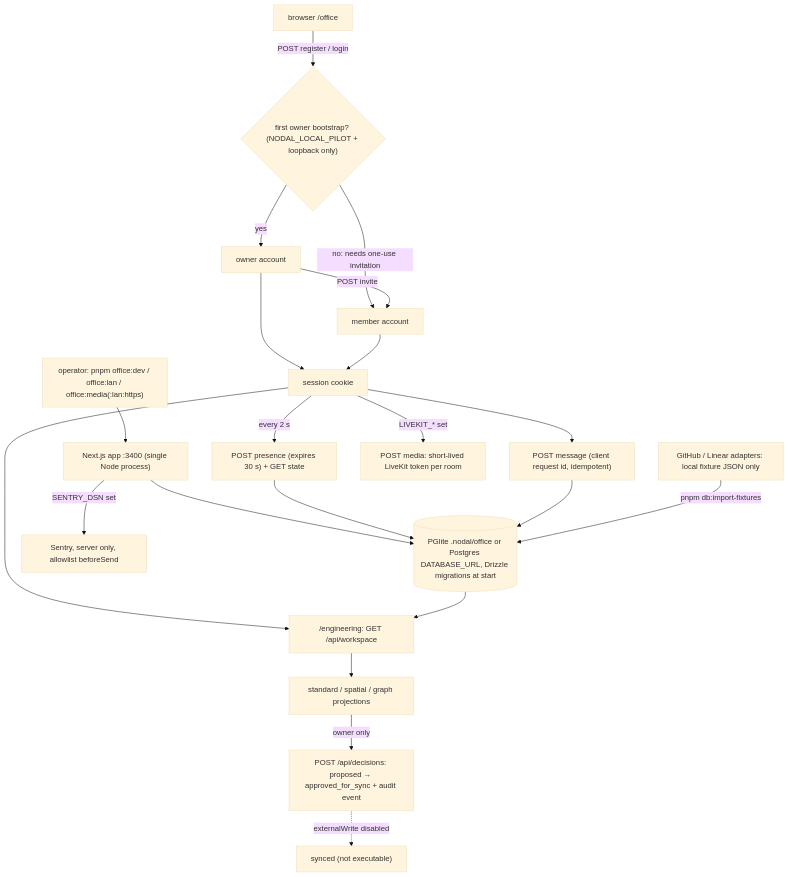
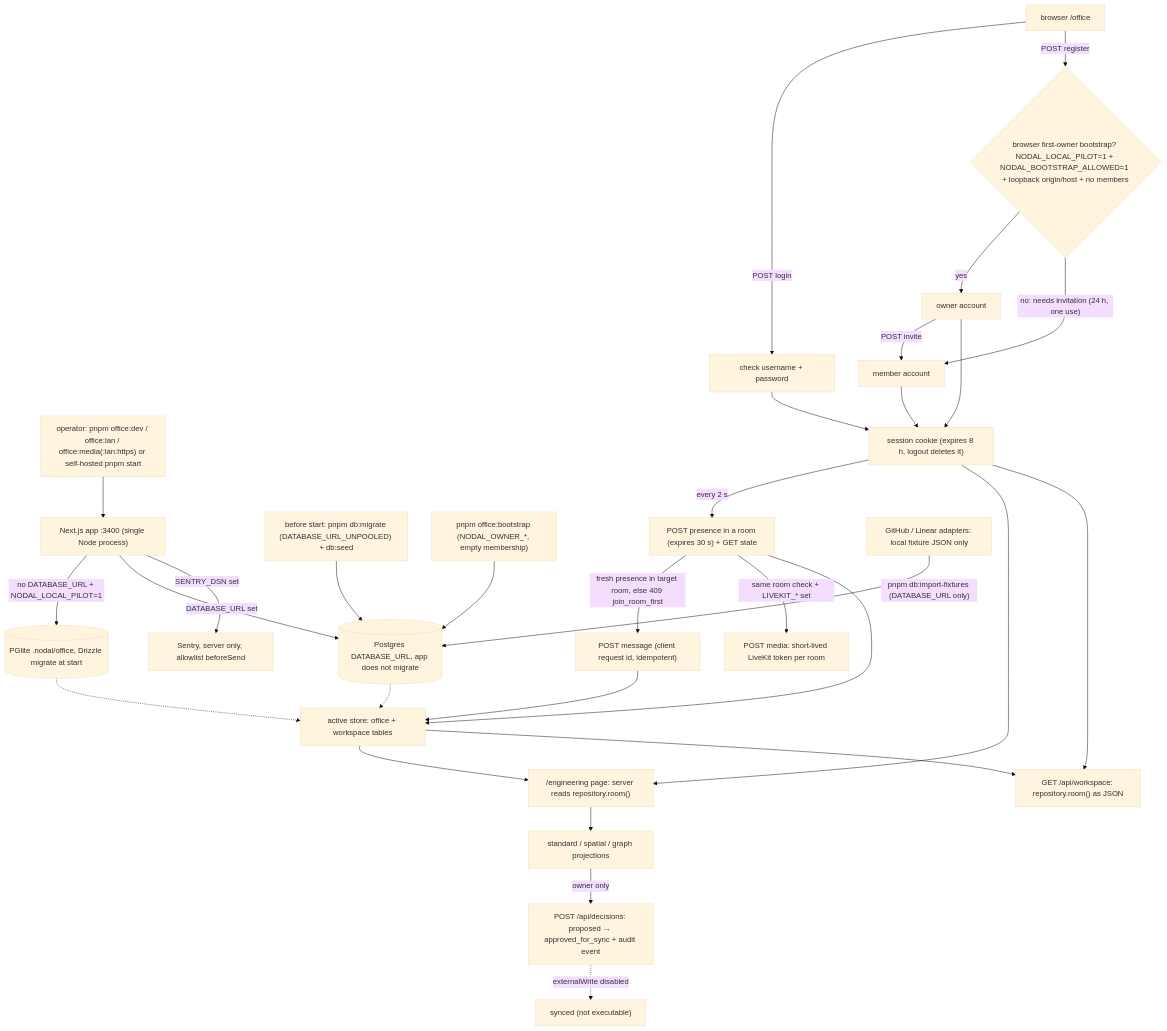
One commit to bookchaowalit/workplace-nodal changed the first of 2 diagrams in docs/diagrams/01-business-process.md. Above: the diagram before and after it, drawn with Mermaid (base theme). The commit also changed other lines of this file, not shown here.

Commit message:
docs: fix As-Is/To-Be business process per Codex review (01-business-process)
Match the diagrams to the code for the review findings: approval and
ordering gates, failure and retry paths, and data boundaries. Owner
decisions are recorded as Gap rows instead of inventing behaviour.

````diff
--- a/docs/diagrams/01-business-process.md
+++ b/docs/diagrams/01-business-process.md
@@ -9,23 +9,32 @@
 ```mermaid
 flowchart TD
-  OP["operator: pnpm office:dev / office:lan / office:media(:lan:https)"] --> APP["Next.js app :3400 (single Node process)"]
-  APP --> DB[("PGlite .nodal/office or Postgres DATABASE_URL, Drizzle migrations at start")]
-  U["browser /office"] -->|"POST register / login"| AUTH{"first owner bootstrap? (NODAL_LOCAL_PILOT + loopback only)"}
+  OP["operator: pnpm office:dev / office:lan / office:media(:lan:https) or self-hosted pnpm start"] --> APP["Next.js app :3400 (single Node process)"]
+  APP -->|"no DATABASE_URL + NODAL_LOCAL_PILOT=1"| PGL[("PGlite .nodal/office, Drizzle migrate at start")]
+  APP -->|"DATABASE_URL set"| PG[("Postgres DATABASE_URL, app does not migrate")]
+  MIG["before start: pnpm db:migrate (DATABASE_URL_UNPOOLED) + db:seed"] --> PG
+  BOOT["pnpm office:bootstrap (NODAL_OWNER_*, empty membership)"] --> PG
+  PGL -.-> DB["active store: office + workspace tables"]
+  PG -.-> DB
+  U["browser /office"] -->|"POST login"| LOGIN["check username + password"]
+  LOGIN --> SESS["session cookie (expires 8 h, logout deletes it)"]
+  U -->|"POST register"| AUTH{"browser first-owner bootstrap? NODAL_LOCAL_PILOT=1 + NODAL_BOOTSTRAP_ALLOWED=1 + loopback origin/host + no members"}
   AUTH -->|"yes"| OWNER["owner account"]
-  AUTH -->|"no: needs one-use invitation"| MEMBER["member account"]
+  AUTH -->|"no: needs invitation (24 h, one use)"| MEMBER["member account"]
   OWNER -->|"POST invite"| MEMBER
-  OWNER --> SESS["session cookie"]
+  OWNER --> SESS
   MEMBER --> SESS
-  SESS -->|"every 2 s"| PRES["POST presence (expires 30 s) + GET state"]
-  SESS --> MSG["POST message (client request id, idempotent)"]
-  SESS -->|"LIVEKIT_* set"| MEDIA["POST media: short-lived LiveKit token per room"]
+  SESS -->|"every 2 s"| PRES["POST presence in a room (expires 30 s) + GET state"]
+  PRES -->|"fresh presence in target room, else 409 join_room_first"| MSG["POST message (client request id, idempotent)"]
+  PRES -->|"same room check + LIVEKIT_* set"| MEDIA["POST media: short-lived LiveKit token per room"]
   PRES --> DB
   MSG --> DB
-  SESS --> ENG["/engineering: GET /api/workspace"]
-  FIX["GitHub / Linear adapters: local fixture JSON only"] -->|"pnpm db:import-fixtures"| DB
-  DB --> ENG
-  ENG --> PROJ["standard / spatial / graph projections"]
+  FIX["GitHub / Linear adapters: local fixture JSON only"] -->|"pnpm db:import-fixtures (DATABASE_URL only)"| PG
+  SESS --> ENGP["/engineering page: server reads repository.room()"]
+  SESS --> WAPI["GET /api/workspace: repository.room() as JSON"]
+  DB --> ENGP
+  DB --> WAPI
+  ENGP --> PROJ["standard / spatial / graph projections"]
   PROJ -->|"owner only"| APPR["POST /api/decisions: proposed → approved_for_sync + audit event"]
   APPR -.->|"externalWrite disabled"| SYNC["synced (not executable)"]
   APP -->|"SENTRY_DSN set"| SENTRY["Sentry, server only, allowlist beforeSend"]
 ```
````
